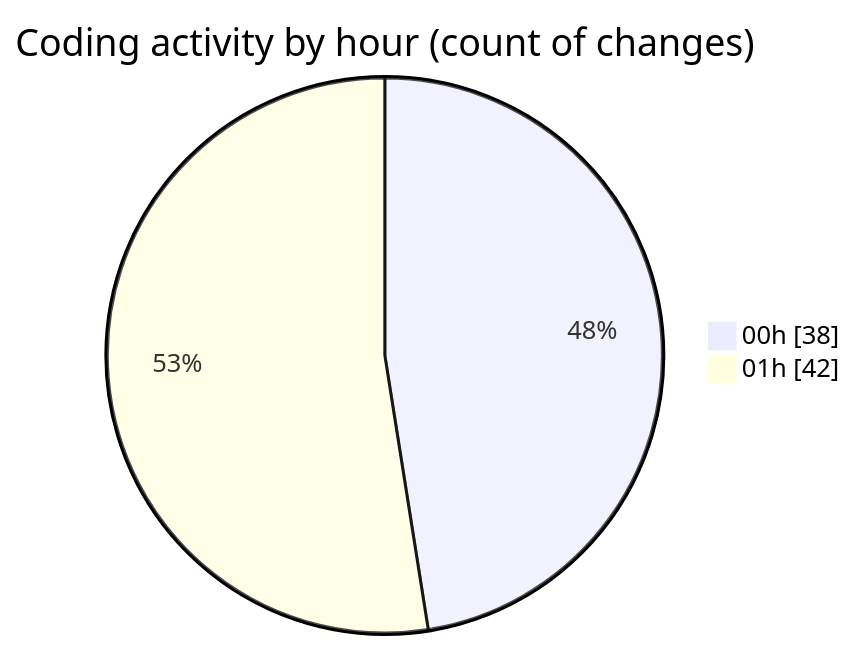
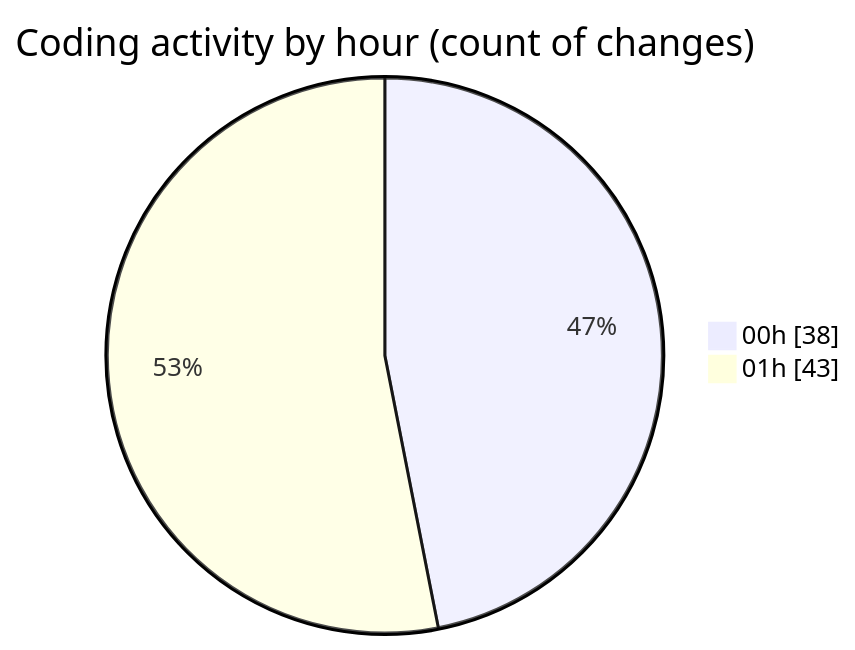
The second of 2 diagrams in 2025-07-27/quanlyrapchieuphim-1/README.md (lephambinh05/code-tracking), drawn with Mermaid before and after one commit. The commit also changed other lines of this file and 1 other file, not shown here.

````diff
--- a/2025-07-27/quanlyrapchieuphim-1/README.md
+++ b/2025-07-27/quanlyrapchieuphim-1/README.md
@@ -52,6 +52,6 @@
 ```mermaid
 pie showData
 title Coding activity by hour (count of changes)
 "00h" : 38
-"01h" : 42
+"01h" : 43
 ```
````
